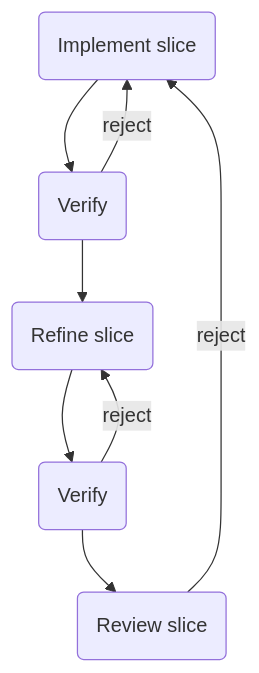
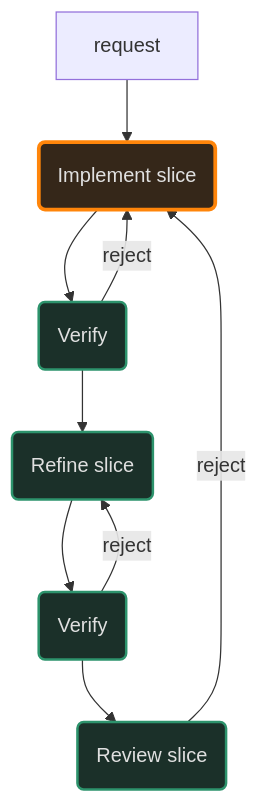
The diagram in .opencode/agents/implementer/standard.md (goatfryed/harness-harness), drawn with Mermaid before and after one commit. The commit also changed 5 other files, not shown here.

````diff
--- a/.opencode/agents/implementer/standard.md
+++ b/.opencode/agents/implementer/standard.md
@@ -7,24 +7,25 @@
 ```mermaid
 flowchart TB
-    implement(Implement slice) --> verify_implement
-    verify_implement(Verify) --> refine
+    request --> implement
+    implement(Implement slice):::primary_agent --> verify_implement
+    verify_implement(Verify):::sub_agent --> refine
     verify_implement --> |reject| implement
-    refine(Refine slice) --> verify_refine
-    verify_refine(Verify) --> review
+    refine(Refine slice):::sub_agent --> verify_refine
+    verify_refine(Verify):::sub_agent --> review
     verify_refine --> |reject| refine
-    review(Review slice) --> |reject| implement
+    review(Review slice):::sub_agent --> |reject| implement
 
     class , requester
     class , primary_agent
     class , sub_agent
     class , collaborative_step
     class , autonomous_step
     class , subprocess
 
     classDef requester fill:#301B22,stroke:#B83A48,stroke-width:4px,color:#E0E0E0
     classDef primary_agent fill:#352719,stroke:#FF850A,stroke-width:3px,color:#E0E0E0
     classDef sub_agent fill:#1B3029,stroke:#2D936C,stroke-width:2px,color:#E0E0E0
     classDef collaborative_step fill:#261D16,stroke:#C99052,color:#E0E0E0
     classDef autonomous_step fill:#17251F,stroke:#68A88D,color:#E0E0E0
     classDef subprocess stroke-width:4px,stroke-dasharray:7 4
 ```
````
